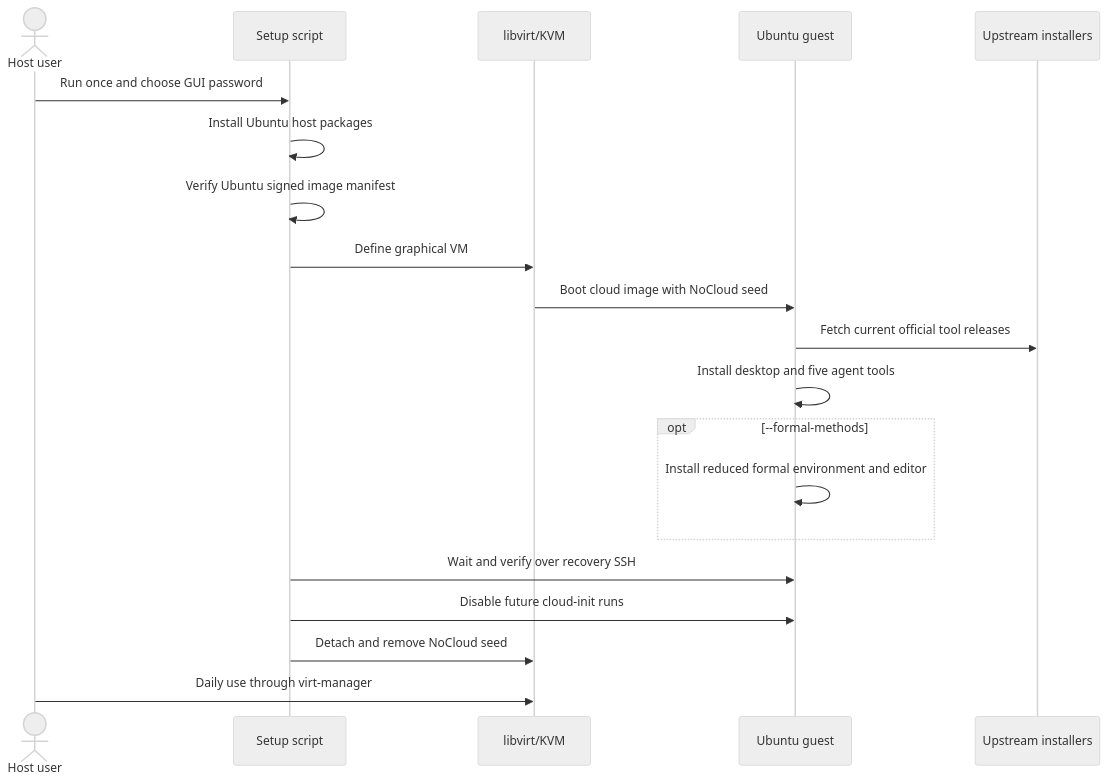
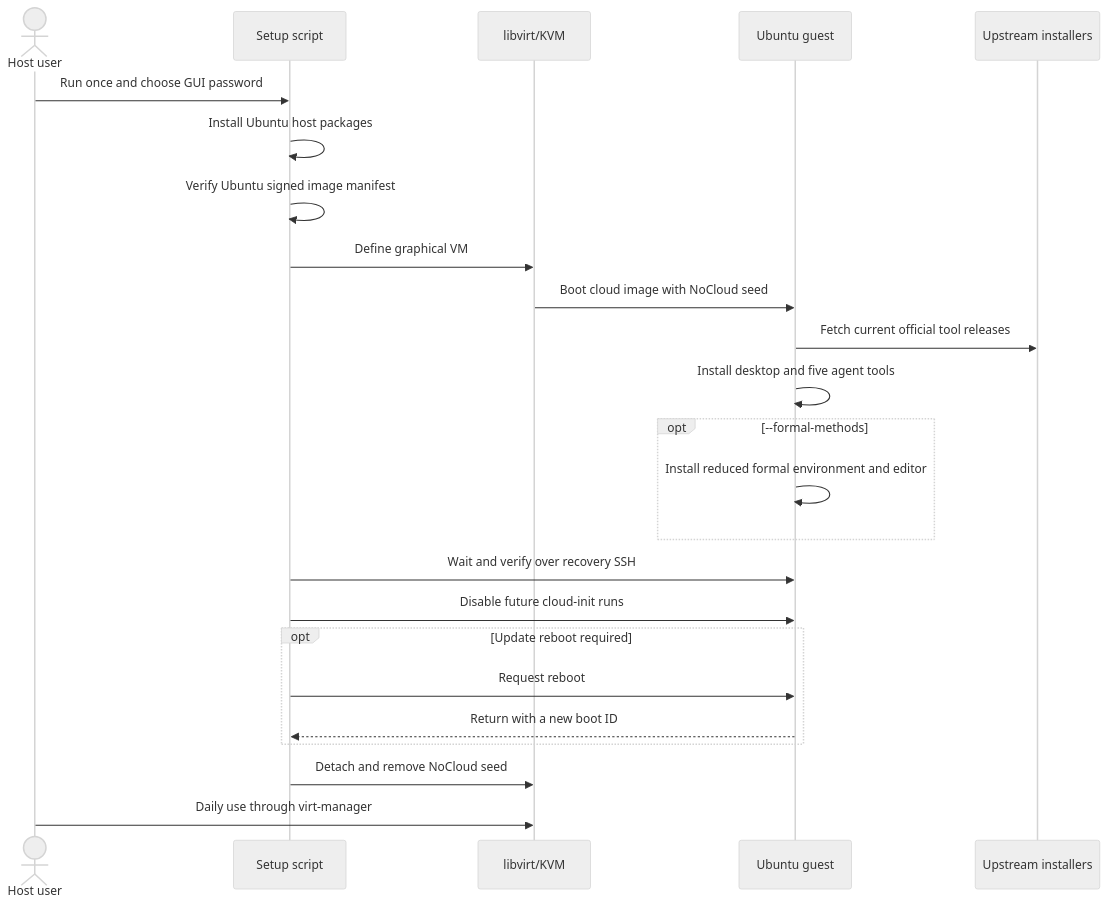
One commit to yutakang/agent-vm changed the diagram in docs/design.md. Above: the diagram before and after it, drawn with Mermaid (neutral theme). The commit also changed other lines of this file and 8 other files, not shown here.

````diff
--- a/docs/design.md
+++ b/docs/design.md
@@ -25,23 +25,27 @@
 ```mermaid
 sequenceDiagram
     actor U as Host user
     participant S as Setup script
     participant L as libvirt/KVM
     participant G as Ubuntu guest
     participant P as Upstream installers
 
     U->>S: Run once and choose GUI password
     S->>S: Install Ubuntu host packages
     S->>S: Verify Ubuntu signed image manifest
     S->>L: Define graphical VM
     L->>G: Boot cloud image with NoCloud seed
     G->>P: Fetch current official tool releases
     G->>G: Install desktop and five agent tools
     opt --formal-methods
         G->>G: Install reduced formal environment and editor
     end
     S->>G: Wait and verify over recovery SSH
     S->>G: Disable future cloud-init runs
+    opt Update reboot required
+        S->>G: Request reboot
+        G-->>S: Return with a new boot ID
+    end
     S->>L: Detach and remove NoCloud seed
     U->>L: Daily use through virt-manager
 ```
````
